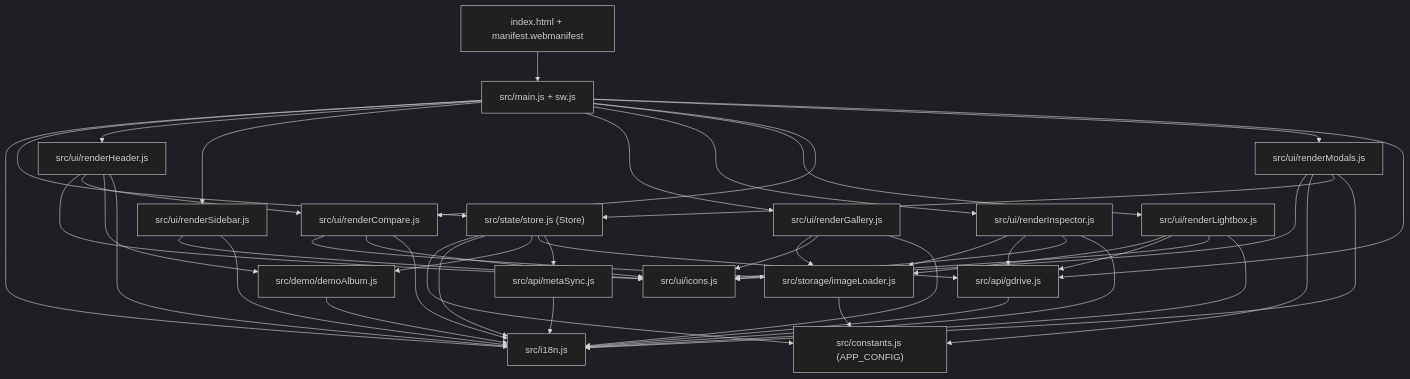
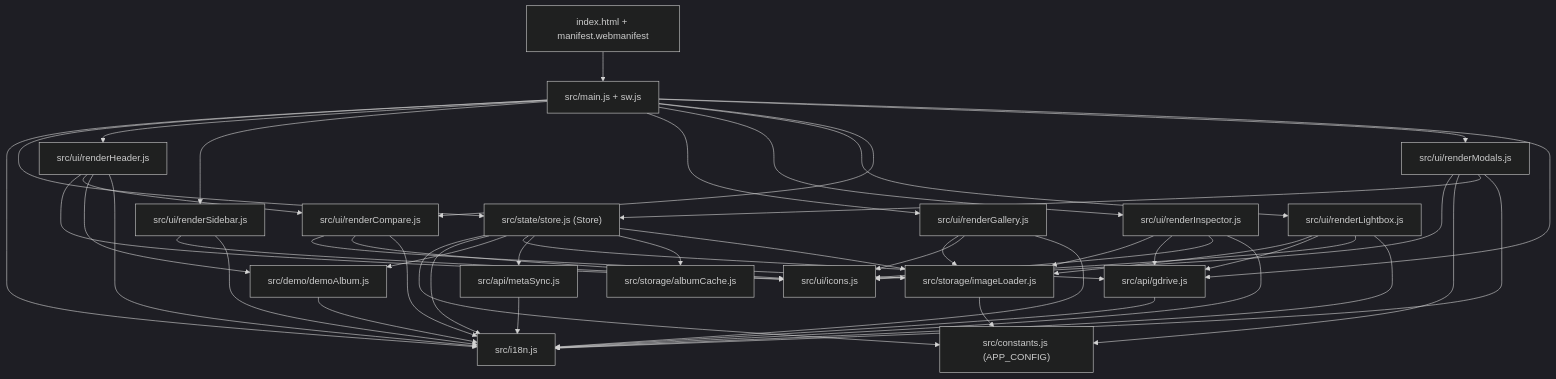
One commit to afs112/drivelens changed the diagram in ARCHITECTURE.md. Above: the diagram before and after it, drawn with Mermaid (dark theme). The commit also changed other lines of this file and 21 other files, not shown here.

Commit message:
Add mobile UX, waterfall masonry view, and instant local album cache

````diff
--- a/ARCHITECTURE.md
+++ b/ARCHITECTURE.md
@@ -115,51 +116,53 @@
 ```mermaid
 flowchart TD
     HTML["index.html + manifest.webmanifest"] --> MAIN["src/main.js + sw.js"]
     MAIN --> I18N["src/i18n.js"]
     MAIN --> STORE["src/state/store.js (Store)"]
     MAIN --> UI_HDR["src/ui/renderHeader.js"]
     MAIN --> UI_SB["src/ui/renderSidebar.js"]
     MAIN --> UI_GAL["src/ui/renderGallery.js"]
     MAIN --> UI_INSP["src/ui/renderInspector.js"]
     MAIN --> UI_LB["src/ui/renderLightbox.js"]
     MAIN --> UI_CMP["src/ui/renderCompare.js"]
     MAIN --> UI_MOD["src/ui/renderModals.js"]
     MAIN --> API_GD["src/api/gdrive.js"]
 
     STORE --> CFG["src/constants.js (APP_CONFIG)"]
     STORE --> I18N
     STORE --> DEMO["src/demo/demoAlbum.js"]
     STORE --> API_GD
     STORE --> API_SYNC["src/api/metaSync.js"]
+    STORE --> ACACHE["src/storage/albumCache.js"]
+    STORE --> IMG["src/storage/imageLoader.js"]
 
     DEMO --> I18N
     API_GD --> I18N
     API_SYNC --> I18N
-    IMG["src/storage/imageLoader.js"] --> CFG
+    IMG --> CFG
 
     UI_GAL --> IMG
     UI_INSP --> IMG
     UI_INSP --> API_GD
     UI_LB --> IMG
     UI_LB --> API_GD
     UI_CMP --> IMG
 
     UI_HDR --> ICONS["src/ui/icons.js"]
     UI_HDR --> UI_CMP
     UI_HDR --> DEMO
     UI_HDR --> I18N
     UI_SB --> ICONS
     UI_SB --> I18N
     UI_GAL --> ICONS
     UI_GAL --> I18N
     UI_INSP --> ICONS
     UI_INSP --> I18N
     UI_LB --> ICONS
     UI_LB --> I18N
     UI_CMP --> ICONS
     UI_CMP --> I18N
     UI_MOD --> ICONS
     UI_MOD --> CFG
     UI_MOD --> STORE
     UI_MOD --> I18N
 ```
````
